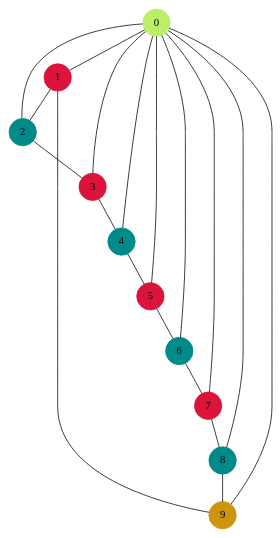
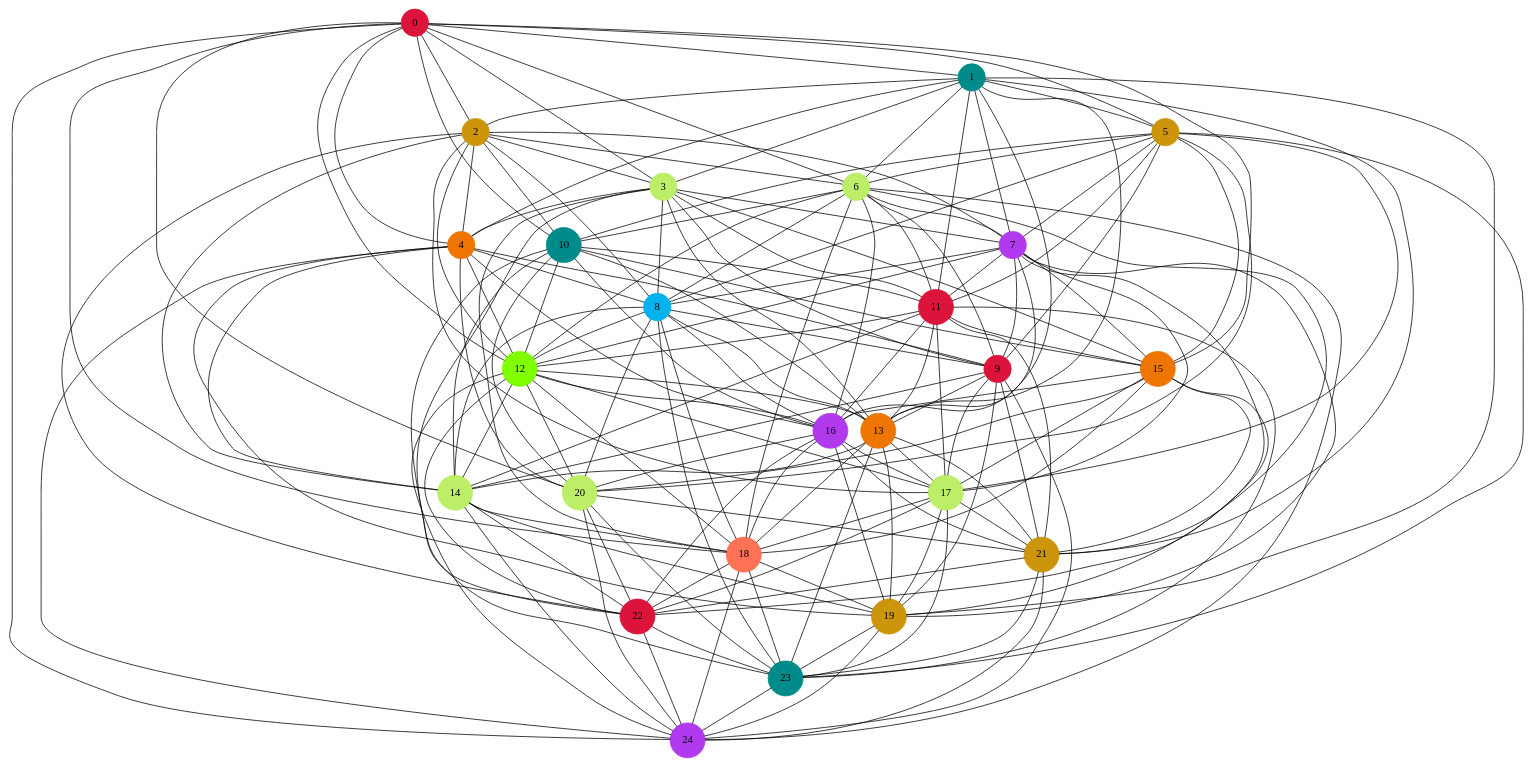
The diagram in graph/graph_gr_croiss.dot (LeaChemoul/ColorationGraphesProjet), drawn with Graphviz before and after one commit. The commit also changed 40 other files, not shown here.

```diff
--- a/graph/graph_gr_croiss.dot
+++ b/graph/graph_gr_croiss.dot
@@ -1,30 +1,187 @@
 graph G {
-0 [shape=circle, style=filled, color= darkolivegreen2];
+0 [shape=circle, style=filled, color= crimson];
+0 -- 6;
+0 -- 12;
+0 -- 18;
+0 -- 24;
 0 -- 1;
 0 -- 2;
 0 -- 3;
 0 -- 4;
 0 -- 5;
-0 -- 6;
-0 -- 7;
-0 -- 8;
-0 -- 9;
-1 [shape=circle, style=filled, color= crimson];
+0 -- 10;
+0 -- 15;
+0 -- 20;
+1 [shape=circle, style=filled, color= cyan4];
+1 -- 7;
+1 -- 13;
+1 -- 19;
+1 -- 5;
 1 -- 2;
-1 -- 9;
-2 [shape=circle, style=filled, color= cyan4];
+1 -- 3;
+1 -- 4;
+1 -- 6;
+1 -- 11;
+1 -- 16;
+1 -- 21;
+2 [shape=circle, style=filled, color= darkgoldenrod3];
+2 -- 8;
+2 -- 14;
+2 -- 6;
+2 -- 10;
 2 -- 3;
-3 [shape=circle, style=filled, color= crimson];
+2 -- 4;
+2 -- 7;
+2 -- 12;
+2 -- 17;
+2 -- 22;
+3 [shape=circle, style=filled, color= darkolivegreen2];
+3 -- 9;
+3 -- 7;
+3 -- 11;
+3 -- 15;
 3 -- 4;
-4 [shape=circle, style=filled, color= cyan4];
-4 -- 5;
-5 [shape=circle, style=filled, color= crimson];
+3 -- 8;
+3 -- 13;
+3 -- 18;
+3 -- 23;
+4 [shape=circle, style=filled, color= darkorange2];
+4 -- 8;
+4 -- 12;
+4 -- 16;
+4 -- 20;
+4 -- 9;
+4 -- 14;
+4 -- 19;
+4 -- 24;
+5 [shape=circle, style=filled, color= darkgoldenrod3];
+5 -- 11;
+5 -- 17;
+5 -- 23;
 5 -- 6;
-6 [shape=circle, style=filled, color= cyan4];
+5 -- 7;
+5 -- 8;
+5 -- 9;
+5 -- 10;
+5 -- 15;
+5 -- 20;
+6 [shape=circle, style=filled, color= darkolivegreen2];
+6 -- 12;
+6 -- 18;
+6 -- 24;
+6 -- 10;
 6 -- 7;
-7 [shape=circle, style=filled, color= crimson];
+6 -- 8;
+6 -- 9;
+6 -- 11;
+6 -- 16;
+6 -- 21;
+7 [shape=circle, style=filled, color= darkorchid2];
+7 -- 13;
+7 -- 19;
+7 -- 11;
+7 -- 15;
 7 -- 8;
-8 [shape=circle, style=filled, color= cyan4];
+7 -- 9;
+7 -- 12;
+7 -- 17;
+7 -- 22;
+8 [shape=circle, style=filled, color= deepskyblue2];
+8 -- 14;
+8 -- 12;
+8 -- 16;
+8 -- 20;
 8 -- 9;
-9 [shape=circle, style=filled, color= darkgoldenrod3];
+8 -- 13;
+8 -- 18;
+8 -- 23;
+9 [shape=circle, style=filled, color= crimson];
+9 -- 13;
+9 -- 17;
+9 -- 21;
+9 -- 14;
+9 -- 19;
+9 -- 24;
+10 [shape=circle, style=filled, color= cyan4];
+10 -- 16;
+10 -- 22;
+10 -- 11;
+10 -- 12;
+10 -- 13;
+10 -- 14;
+10 -- 15;
+10 -- 20;
+11 [shape=circle, style=filled, color= crimson];
+11 -- 17;
+11 -- 23;
+11 -- 15;
+11 -- 12;
+11 -- 13;
+11 -- 14;
+11 -- 16;
+11 -- 21;
+12 [shape=circle, style=filled, color= chartreuse1];
+12 -- 18;
+12 -- 24;
+12 -- 16;
+12 -- 20;
+12 -- 13;
+12 -- 14;
+12 -- 17;
+12 -- 22;
+13 [shape=circle, style=filled, color= darkorange2];
+13 -- 19;
+13 -- 17;
+13 -- 21;
+13 -- 14;
+13 -- 18;
+13 -- 23;
+14 [shape=circle, style=filled, color= darkolivegreen2];
+14 -- 18;
+14 -- 22;
+14 -- 19;
+14 -- 24;
+15 [shape=circle, style=filled, color= darkorange2];
+15 -- 21;
+15 -- 16;
+15 -- 17;
+15 -- 18;
+15 -- 19;
+15 -- 20;
+16 [shape=circle, style=filled, color= darkorchid2];
+16 -- 22;
+16 -- 20;
+16 -- 17;
+16 -- 18;
+16 -- 19;
+16 -- 21;
+17 [shape=circle, style=filled, color= darkolivegreen2];
+17 -- 23;
+17 -- 21;
+17 -- 18;
+17 -- 19;
+17 -- 22;
+18 [shape=circle, style=filled, color= coral1];
+18 -- 24;
+18 -- 22;
+18 -- 19;
+18 -- 23;
+19 [shape=circle, style=filled, color= darkgoldenrod3];
+19 -- 23;
+19 -- 24;
+20 [shape=circle, style=filled, color= darkolivegreen2];
+20 -- 21;
+20 -- 22;
+20 -- 23;
+20 -- 24;
+21 [shape=circle, style=filled, color= darkgoldenrod3];
+21 -- 22;
+21 -- 23;
+21 -- 24;
+22 [shape=circle, style=filled, color= crimson];
+22 -- 23;
+22 -- 24;
+23 [shape=circle, style=filled, color= cyan4];
+23 -- 24;
+24 [shape=circle, style=filled, color= darkorchid2];
 }
```
